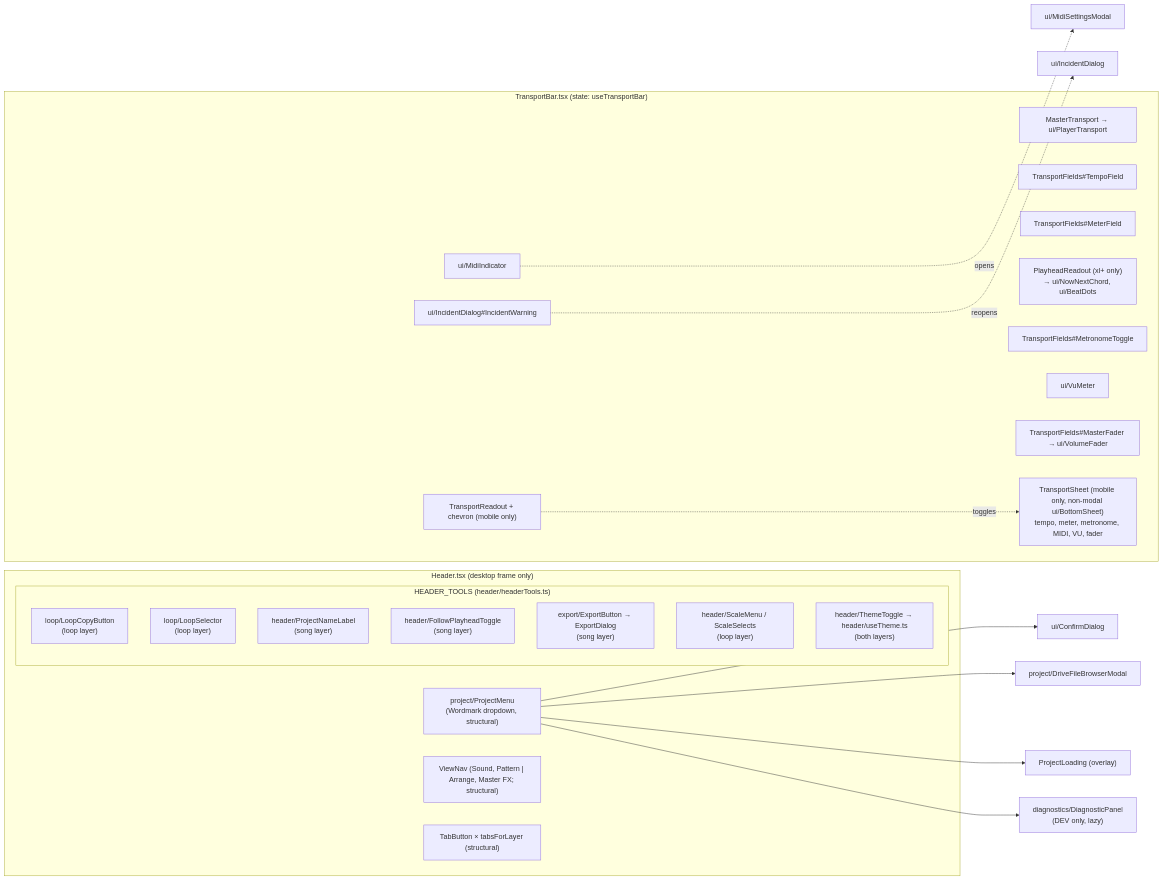
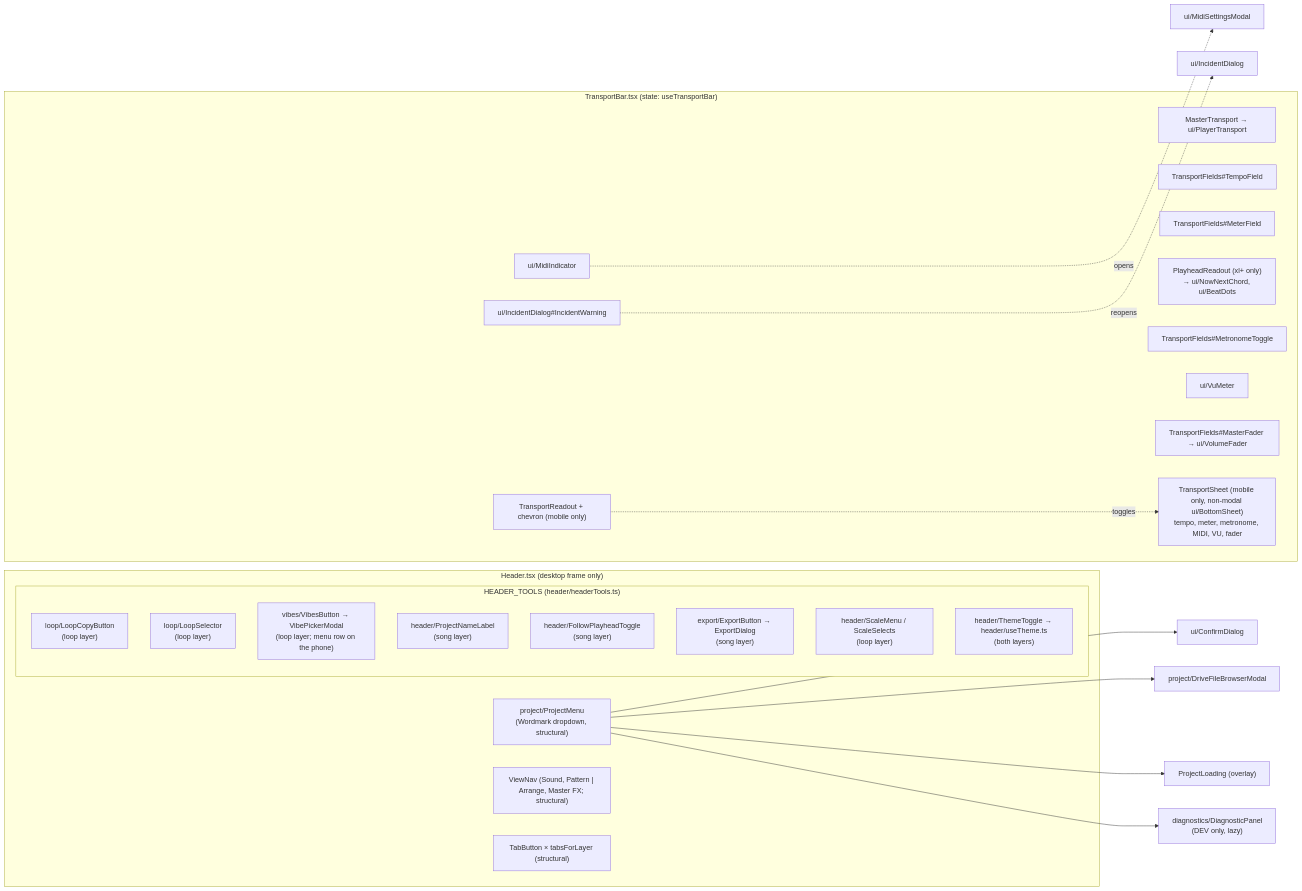
Before and after one commit to themiddnight/solna: the second of 5 diagrams in docs/architecture/structure/01-ui.md, drawn with Mermaid. The commit also changed other lines of this file and 4 other files, not shown here.

Commit message:
docs: sync architecture notes for the vibe picker

````diff
--- a/docs/architecture/structure/01-ui.md
+++ b/docs/architecture/structure/01-ui.md
@@ -91,37 +88,38 @@
 ```mermaid
 flowchart LR
   subgraph Header["Header.tsx (desktop frame only)"]
     PM["project/ProjectMenu<br/>(Wordmark dropdown, structural)"]
     VN["ViewNav (Sound, Pattern | Arrange, Master FX; structural)"]
     subgraph Tools["HEADER_TOOLS (header/headerTools.ts)"]
       LCB["loop/LoopCopyButton<br/>(loop layer)"]
       LSel["loop/LoopSelector<br/>(loop layer)"]
+      V["vibes/VibesButton → VibePickerModal<br/>(loop layer; menu row on the phone)"]
       PNL["header/ProjectNameLabel<br/>(song layer)"]
       FPT["header/FollowPlayheadToggle<br/>(song layer)"]
       EXP["export/ExportButton → ExportDialog<br/>(song layer)"]
       SM["header/ScaleMenu / ScaleSelects<br/>(loop layer)"]
       TH["header/ThemeToggle → header/useTheme.ts<br/>(both layers)"]
     end
     TB["TabButton × tabsForLayer (structural)"]
   end
   PM --> CD["ui/ConfirmDialog"]
   PM --> DFB["project/DriveFileBrowserModal"]
   PM --> PLo["ProjectLoading (overlay)"]
   PM --> DP["diagnostics/DiagnosticPanel<br/>(DEV only, lazy)"]
   subgraph Transport["TransportBar.tsx (state: useTransportBar)"]
     MT["MasterTransport → ui/PlayerTransport"]
     TF["TransportFields#TempoField"]
     MF["TransportFields#MeterField"]
     PR["PlayheadReadout (xl+ only)<br/>→ ui/NowNextChord, ui/BeatDots"]
     MET["TransportFields#MetronomeToggle"]
     MIDI["ui/MidiIndicator"]
     IW["ui/IncidentDialog#IncidentWarning"]
     VU["ui/VuMeter"]
     MFd["TransportFields#MasterFader → ui/VolumeFader"]
     RO["TransportReadout + chevron (mobile only)"]
     TS["TransportSheet (mobile only, non-modal ui/BottomSheet)<br/>tempo, meter, metronome, MIDI, VU, fader"]
   end
   RO -. toggles .-> TS
   MIDI -. opens .-> MSM["ui/MidiSettingsModal"]
   IW -. reopens .-> IDlg["ui/IncidentDialog"]
 ```
````
